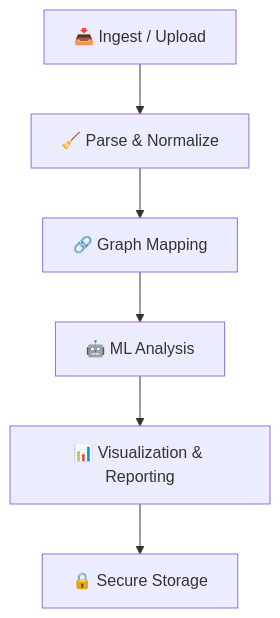
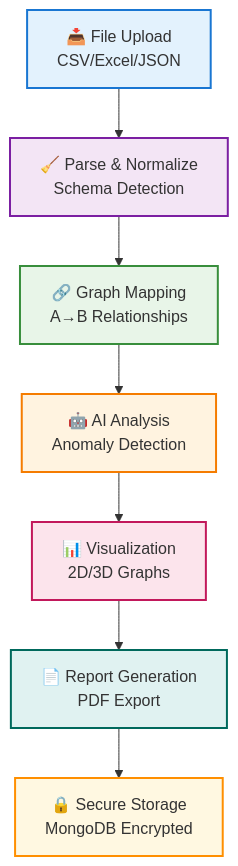
The first of 3 diagrams in README.md (sujeetgund/ipdr-graph-engine), drawn with Mermaid before and after one commit. The commit also changed other lines of this file, not shown here.

````diff
--- a/README.md
+++ b/README.md
@@ -135,8 +51,17 @@
 ```mermaid
 flowchart TD
-	A[📥 Ingest / Upload] --> B[🧹 Parse & Normalize]
-	B --> C[🔗 Graph Mapping]
-	C --> D[🤖 ML Analysis]
-	D --> E[📊 Visualization & Reporting]
-	E --> F[🔒 Secure Storage]
+    A[📥 File Upload<br/>CSV/Excel/JSON] --> B[🧹 Parse & Normalize<br/>Schema Detection]
+    B --> C[🔗 Graph Mapping<br/>A→B Relationships]
+    C --> D[🤖 AI Analysis<br/>Anomaly Detection]
+    D --> E[📊 Visualization<br/>2D/3D Graphs]
+    E --> F[📄 Report Generation<br/>PDF Export]
+    F --> G[🔒 Secure Storage<br/>MongoDB Encrypted]
+    
+    style A fill:#e3f2fd,stroke:#1976d2,stroke-width:2px
+    style B fill:#f3e5f5,stroke:#7b1fa2,stroke-width:2px
+    style C fill:#e8f5e8,stroke:#388e3c,stroke-width:2px
+    style D fill:#fff3e0,stroke:#f57c00,stroke-width:2px
+    style E fill:#fce4ec,stroke:#c2185b,stroke-width:2px
+    style F fill:#e0f2f1,stroke:#00695c,stroke-width:2px
+    style G fill:#fff8e1,stroke:#ff8f00,stroke-width:2px
 ```
````
